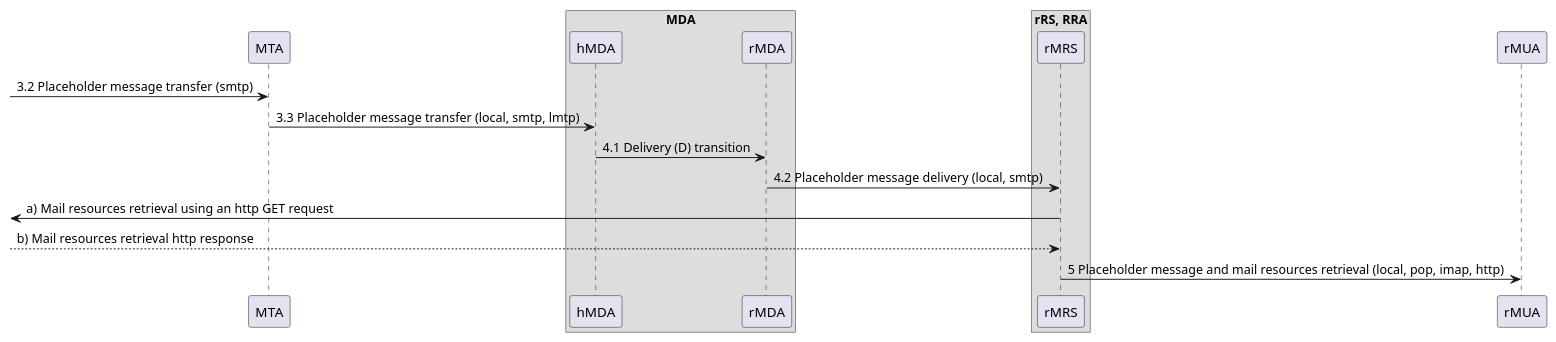
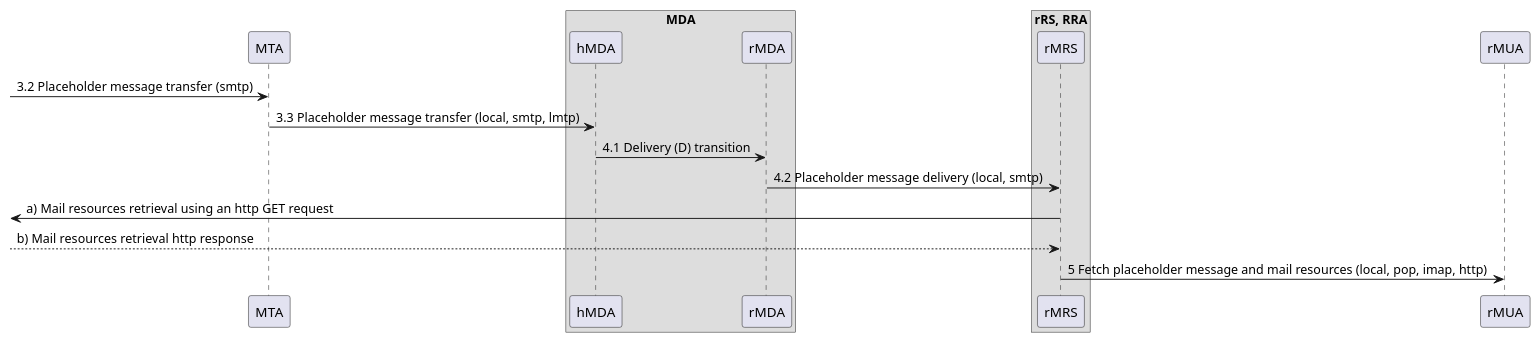
One commit to federizer/federizer changed the diagram in docs/resources/authorization-enhanced_rfc5598_II_sd.puml. Above: the diagram before and after it, drawn with PlantUML. The commit also changed 4 other files, not shown here.

```diff
--- a/docs/resources/authorization-enhanced_rfc5598_II_sd.puml
+++ b/docs/resources/authorization-enhanced_rfc5598_II_sd.puml
@@ -1,41 +1,41 @@
 @startuml Authorization-Enhanced Internet Mail Architecture, message flow part II.
 
 /'
 Message
 Message User Agent (MUA)
     Author MUA (aMUA)
     Recipient MUA (rMUA)
 Message Submission Agent (MSA)
     Author-focused MSA functions (aMSA)
     MHS-focused MSA functions (hMSA)
 Message Transfer Agent (MTA)
 Message Delivery Agent (MDA)
     Recipient-focused MDA functions (rMDA)
     MHS-focused MDA functions (hMDA)
 Resource Server (RS)    
 Resource Retrieval Agent (RRA)
 Mail Resource Store (MRS)
     Author MRS (aMRS)
     Recipient MRS (rMRS)    
 '/
 
 'ADMD II. (bar.com)
 participant "MTA" as MTA /'MTA'/
 box "MDA" /'MDA'/
 participant "hMDA" as hMDA /'MHS-focused MDA'/
 participant "rMDA" as rMDA /'Recipient-focused MDA'/
 end box
 box "rRS, RRA" /'Recipient Resource Server, Resource Retrieval Agent'/
 participant "rMRS" as rMRS /'Recipient MRS'/
 end box
 participant "rMUA" as rMUA /'MUA'/
 
 [-> MTA : 3.2 Placeholder message transfer (smtp)
 MTA -> hMDA : 3.3 Placeholder message transfer (local, smtp, lmtp)
 hMDA -> rMDA : 4.1 Delivery (D) transition
 rMDA -> rMRS : 4.2 Placeholder message delivery (local, smtp)
 rMRS ->[ : a) Mail resources retrieval using an http GET request
 rMRS <--[ : b) Mail resources retrieval http response
-rMRS -> rMUA : 5 Placeholder message and mail resources retrieval (local, pop, imap, http)
+rMRS -> rMUA : 5 Fetch placeholder message and mail resources (local, pop, imap, http)
 
 @enduml
```
